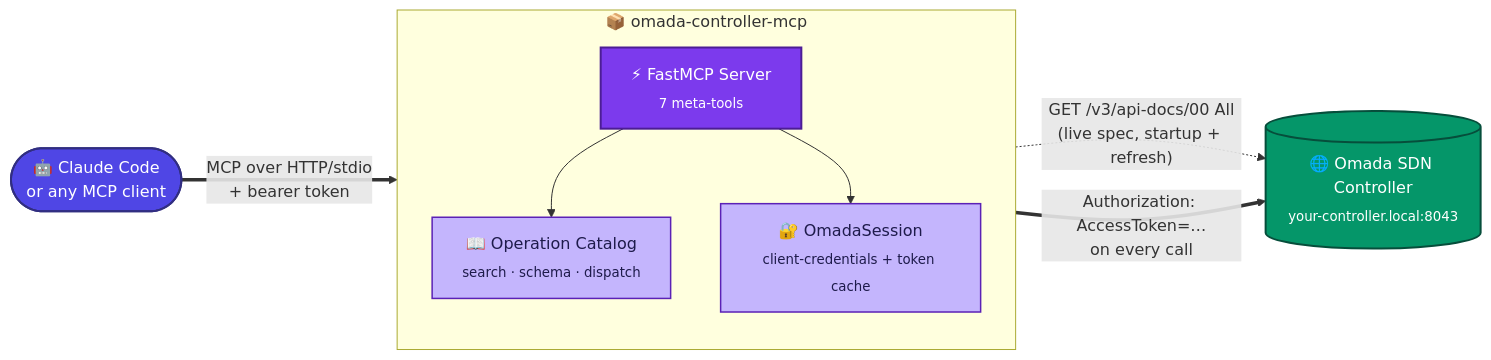
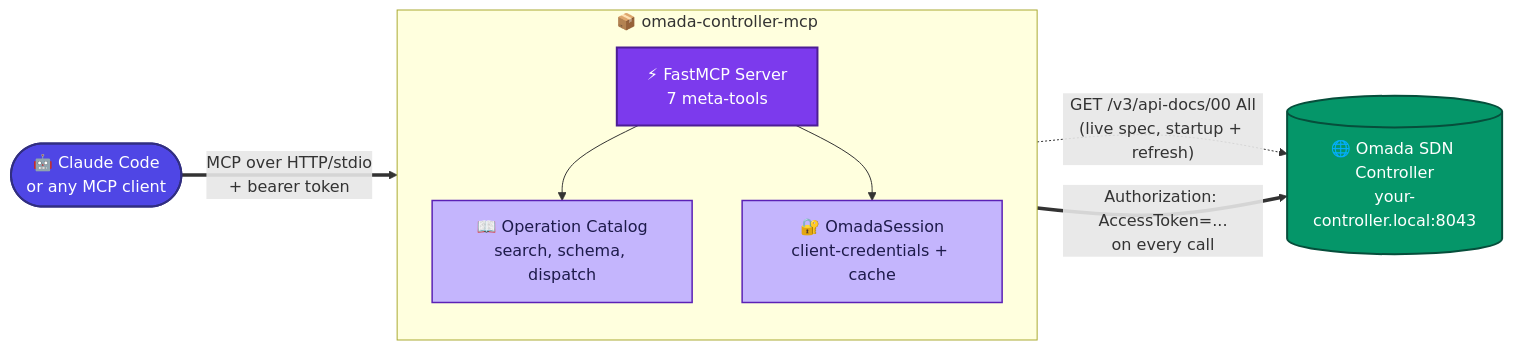
Before and after one commit to samhaque/omada-controller-mcp: the first of 2 diagrams in README.md, drawn with Mermaid. The commit also changed other lines of this file and 6 other files, not shown here.

````diff
--- a/README.md
+++ b/README.md
@@ -19,29 +17,29 @@
 ```mermaid
 flowchart LR
     Agent(["🤖 Claude Code<br/>or any MCP client"])
 
     subgraph MCP["📦 omada-controller-mcp"]
         direction TB
-        Server["⚡ FastMCP Server<br/><sub>7 meta-tools</sub>"]
-        Catalog["📖 Operation Catalog<br/><sub>search · schema · dispatch</sub>"]
-        Auth["🔐 OmadaSession<br/><sub>client-credentials + token cache</sub>"]
+        Server["⚡ FastMCP Server<br/>7 meta-tools"]
+        Catalog["📖 Operation Catalog<br/>search, schema, dispatch"]
+        Auth["🔐 OmadaSession<br/>client-credentials + cache"]
         Server --> Catalog
         Server --> Auth
     end
 
-    Controller[("🌐 Omada SDN Controller<br/><sub>your-controller.local:8043</sub>")]
+    Controller[("🌐 Omada SDN Controller<br/>your-controller.local:8043")]
 
     Agent == "MCP over HTTP/stdio<br/>+ bearer token" ==> Server
     Catalog -. "GET /v3/api-docs/00 All<br/>(live spec, startup + refresh)" .-> Controller
-    Auth == "Authorization: AccessToken=…<br/>on every call" ==> Controller
+    Auth == "Authorization: AccessToken=...<br/>on every call" ==> Controller
 
     classDef agent fill:#4f46e5,stroke:#312e81,color:#ffffff,stroke-width:2px
     classDef server fill:#7c3aed,stroke:#4c1d95,color:#ffffff,stroke-width:2px
     classDef internal fill:#c4b5fd,stroke:#5b21b6,color:#1e1b4b,stroke-width:1.5px
     classDef controller fill:#059669,stroke:#064e3b,color:#ffffff,stroke-width:2px
 
     class Agent agent
     class Server server
     class Catalog,Auth internal
     class Controller controller
 ```
````
